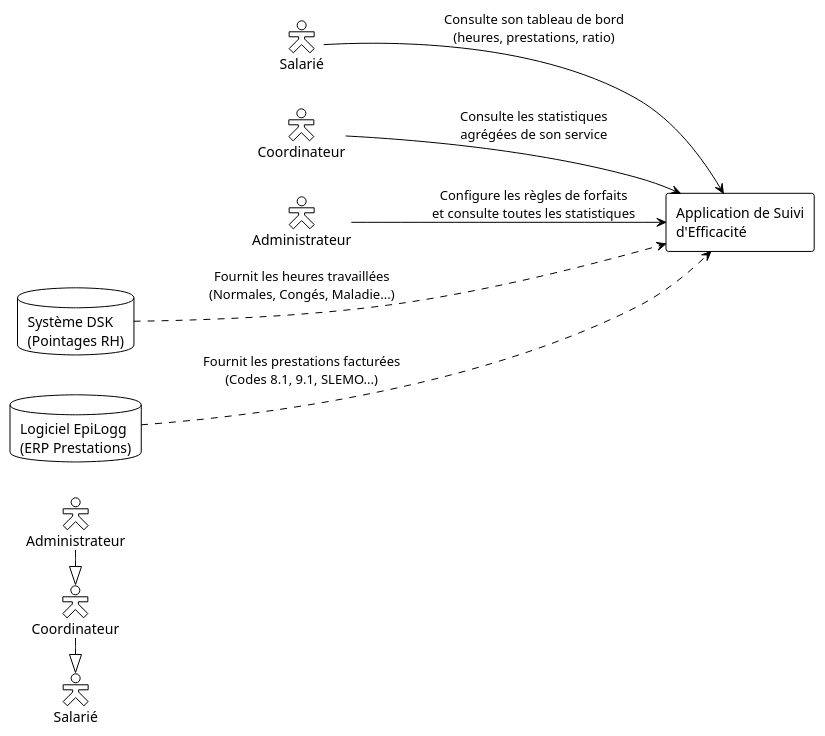
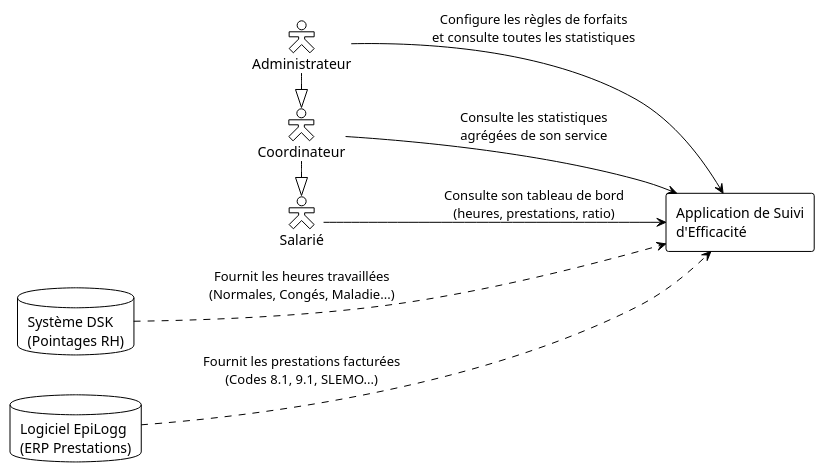
The diagram in diagramme_de_contexte.md (midjix/plantuml), drawn with PlantUML before and after one commit.

Commit message:
Update actor relationships in context diagram

````diff
--- a/diagramme_de_contexte.md
+++ b/diagramme_de_contexte.md
@@ -1,35 +1,35 @@
 ```plantuml
 @startuml
 !theme plain
 left to right direction
 skinparam packageStyle rectangle
 skinparam actorStyle hollow
 
 ' --- Acteurs Humains ---
 actor "Salarié" as sal
 actor "Coordinateur" as coord
 actor "Administrateur" as admin
 
 ' Déclaration de l'héritage
-Coordinateur -|> Salarié
-Administrateur -|> Coordinateur
+coord -|> sal
+admin -|> coord
 
 ' --- Systèmes Externes ---
 database "Système DSK\n(Pointages RH)" as dsk
 database "Logiciel EpiLogg\n(ERP Prestations)" as epilogg
 
 ' --- Le Système Principal ---
 rectangle "Application de Suivi\nd'Efficacité" as app {
 }
 
 ' --- Interactions Acteurs <-> Système ---
 sal --> app : Consulte son tableau de bord\n(heures, prestations, ratio)
 coord --> app : Consulte les statistiques\nagrégées de son service
 admin --> app : Configure les règles de forfaits\net consulte toutes les statistiques
 
 ' --- Interactions Systèmes <-> Système ---
 dsk ...> app : Fournit les heures travaillées\n(Normales, Congés, Maladie...)
 epilogg ...> app : Fournit les prestations facturées\n(Codes 8.1, 9.1, SLEMO...)
 
 @enduml
 ``` 
````
